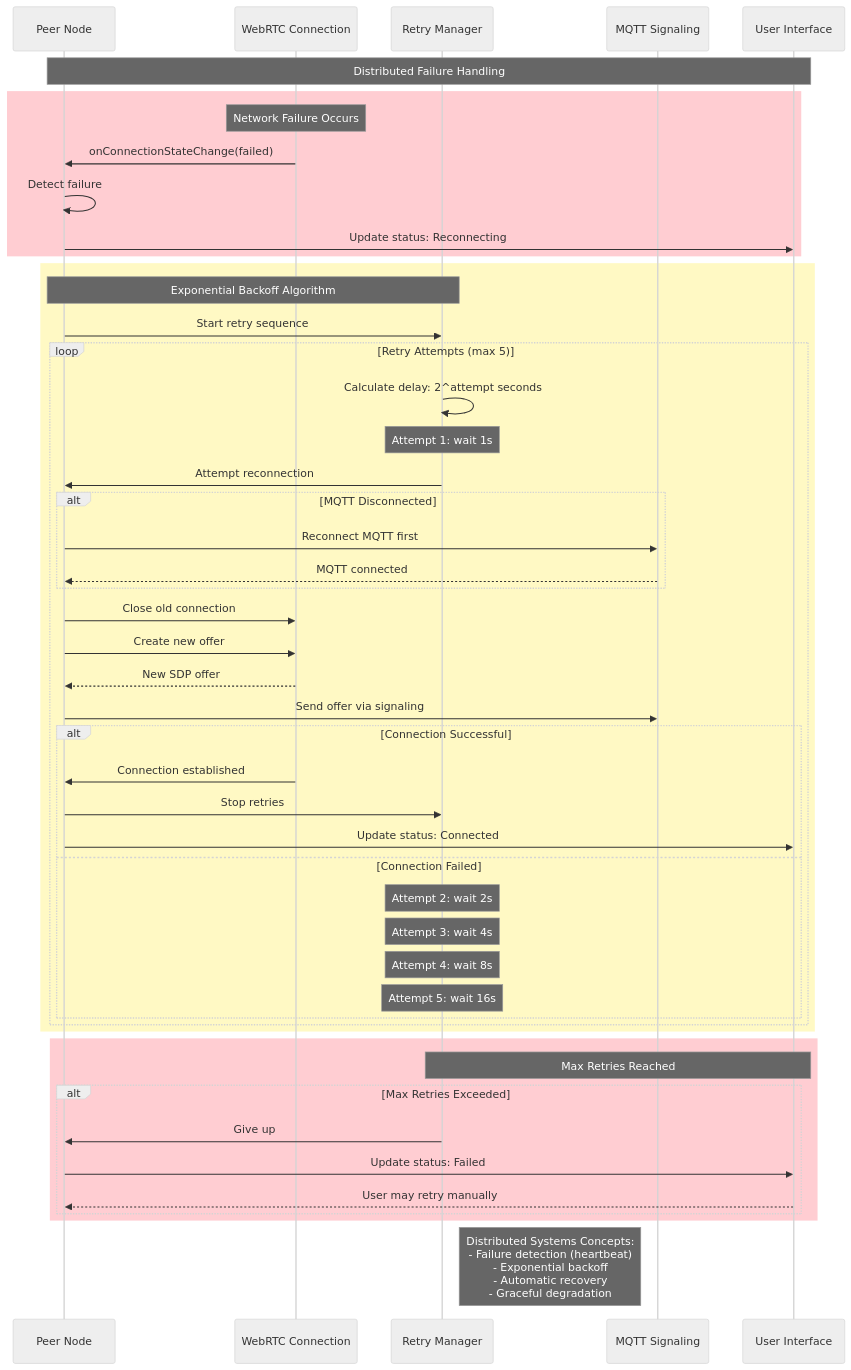
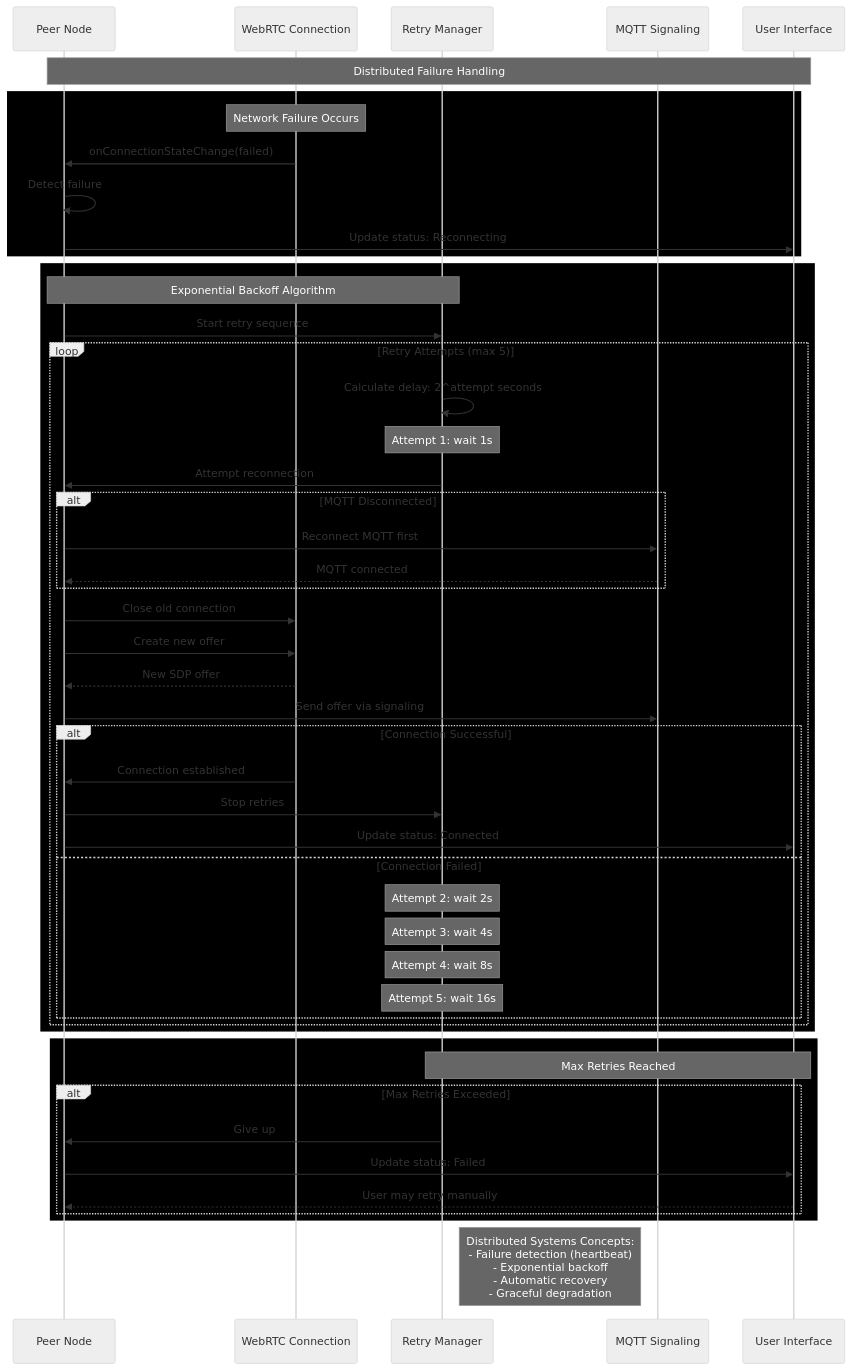
The fifth of 8 diagrams in docs/sequence-diagrams.md (amr-kasem/distributed-systems-react-chat-peer), drawn with Mermaid (neutral theme) before and after one commit. The commit also changed other lines of this file and 7 other files, not shown here.

Commit message:
solved issues with diagrams

````diff
--- a/docs/sequence-diagrams.md
+++ b/docs/sequence-diagrams.md
@@ -241,60 +241,60 @@
 ```mermaid
 sequenceDiagram
     participant Node as Peer Node
     participant WebRTC as WebRTC Connection
     participant Retry as Retry Manager
     participant MQTT as MQTT Signaling
     participant UI as User Interface
     
     Note over Node,UI: Distributed Failure Handling
     
-    rect rgb(255, 205, 210)
+    rect rgb("255, 205, 210")
         Note over WebRTC: Network Failure Occurs
         WebRTC->>Node: onConnectionStateChange(failed)
         Node->>Node: Detect failure
         Node->>UI: Update status: Reconnecting
     end
     
-    rect rgb(255, 249, 196)
+    rect rgb("255, 249, 196")
         Note over Node,Retry: Exponential Backoff Algorithm
         Node->>Retry: Start retry sequence
         
         loop Retry Attempts (max 5)
             Retry->>Retry: Calculate delay: 2^attempt seconds
             Note over Retry: Attempt 1: wait 1s
             Retry->>Node: Attempt reconnection
             
             alt MQTT Disconnected
                 Node->>MQTT: Reconnect MQTT first
                 MQTT-->>Node: MQTT connected
             end
             
             Node->>WebRTC: Close old connection
             Node->>WebRTC: Create new offer
             WebRTC-->>Node: New SDP offer
             Node->>MQTT: Send offer via signaling
             
             alt Connection Successful
                 WebRTC->>Node: Connection established
                 Node->>Retry: Stop retries
                 Node->>UI: Update status: Connected
             else Connection Failed
                 Note over Retry: Attempt 2: wait 2s
                 Note over Retry: Attempt 3: wait 4s
                 Note over Retry: Attempt 4: wait 8s
                 Note over Retry: Attempt 5: wait 16s
             end
         end
     end
     
-    rect rgb(255, 205, 210)
+    rect rgb("255, 205, 210")
         Note over Retry,UI: Max Retries Reached
         alt Max Retries Exceeded
             Retry->>Node: Give up
             Node->>UI: Update status: Failed
             UI-->>Node: User may retry manually
         end
     end
     
     Note right of Retry: Distributed Systems Concepts:<br/>- Failure detection (heartbeat)<br/>- Exponential backoff<br/>- Automatic recovery<br/>- Graceful degradation
 ```
````
